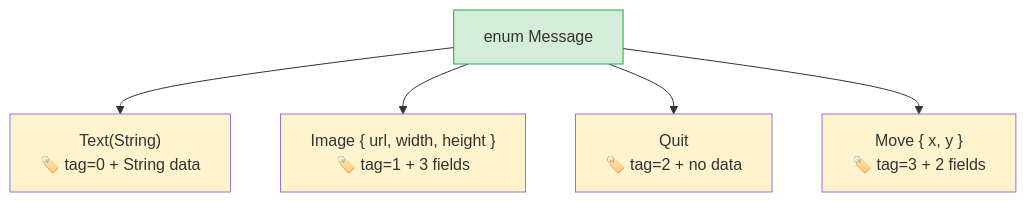
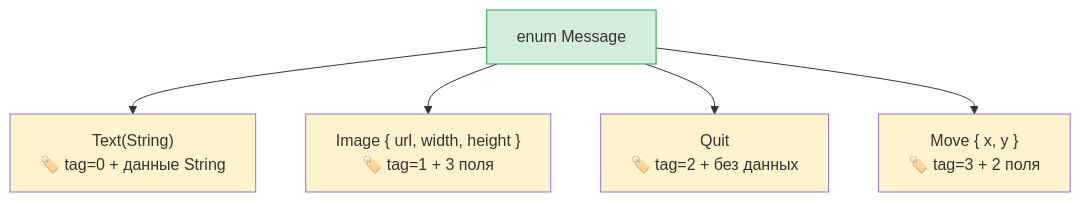
The diagram in python-book/src/ch06-enums-and-pattern-matching.md (r007/RustTraining-Rus), drawn with Mermaid before and after one commit. The commit also changed other lines of this file and 10 other files, not shown here.

````diff
--- a/python-book/src/ch06-enums-and-pattern-matching.md
+++ b/python-book/src/ch06-enums-and-pattern-matching.md
@@ -114,12 +110,12 @@
 ```mermaid
 flowchart TD
-    E["enum Message"] --> T["Text(String)<br/>🏷️ tag=0 + String data"]
-    E --> I["Image { url, width, height }<br/>🏷️ tag=1 + 3 fields"]
-    E --> Q["Quit<br/>🏷️ tag=2 + no data"]
-    E --> M["Move { x, y }<br/>🏷️ tag=3 + 2 fields"]
+    E["enum Message"] --> T["Text(String)<br/>🏷️ tag=0 + данные String"]
+    E --> I["Image { url, width, height }<br/>🏷️ tag=1 + 3 поля"]
+    E --> Q["Quit<br/>🏷️ tag=2 + без данных"]
+    E --> M["Move { x, y }<br/>🏷️ tag=3 + 2 поля"]
     style E fill:#d4edda,stroke:#28a745
     style T fill:#fff3cd
     style I fill:#fff3cd
     style Q fill:#fff3cd
     style M fill:#fff3cd
 ```
````
